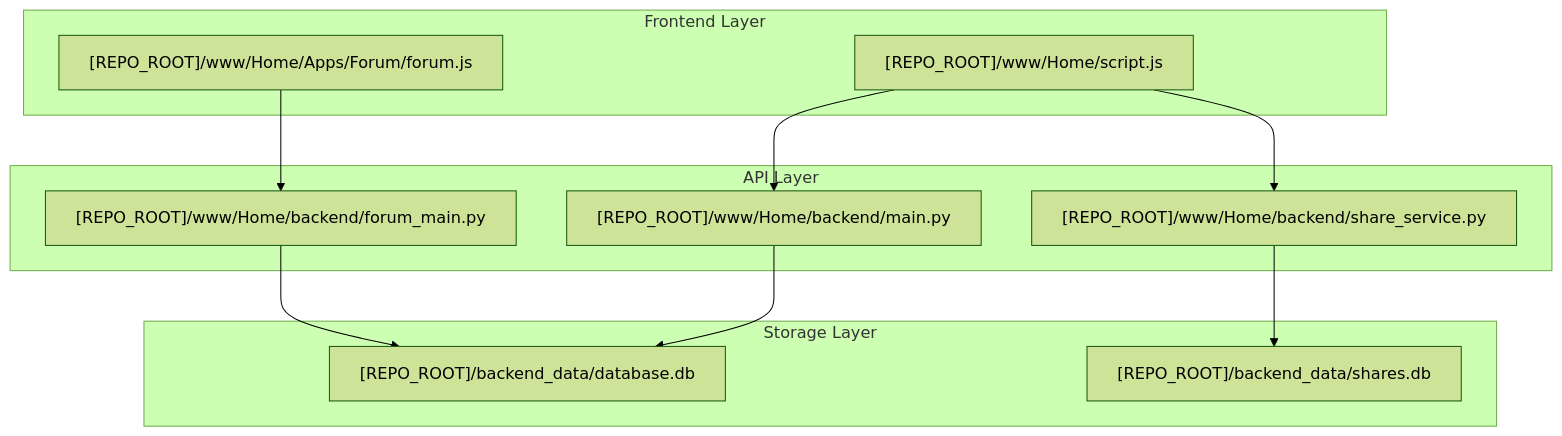
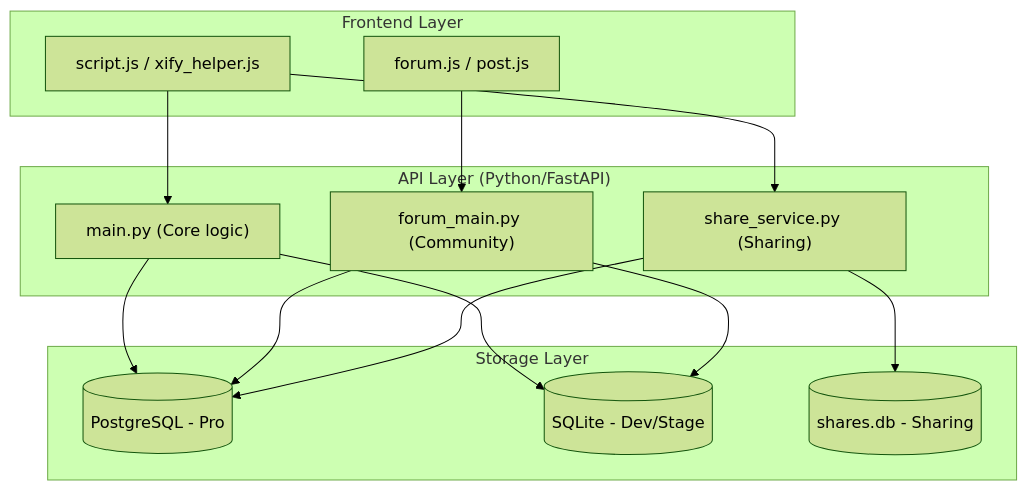
Before and after one commit to dhisomu/second-brain: the diagram in xify.in/docs/api_table_mapping.md, drawn with Mermaid (forest theme). The commit also changed other lines of this file and 6 other files, not shown here.

````diff
--- a/xify.in/docs/api_table_mapping.md
+++ b/xify.in/docs/api_table_mapping.md
@@ -180,26 +70,30 @@
 ```mermaid
 graph TD
     subgraph "Frontend Layer"
-        UI_PROD["[REPO_ROOT]/www/Home/script.js"]
-        UI_FORUM["[REPO_ROOT]/www/Home/Apps/Forum/forum.js"]
+        UI_PROD["script.js / xify_helper.js"]
+        UI_FORUM["forum.js / post.js"]
     end
 
-    subgraph "API Layer"
-        MA["[REPO_ROOT]/www/Home/backend/main.py"]
-        FO["[REPO_ROOT]/www/Home/backend/forum_main.py"]
-        SH["[REPO_ROOT]/www/Home/backend/share_service.py"]
+    subgraph "API Layer (Python/FastAPI)"
+        MA["main.py (Core logic)"]
+        FO["forum_main.py (Community)"]
+        SH["share_service.py (Sharing)"]
     end
 
     subgraph "Storage Layer"
-        D1["[REPO_ROOT]/backend_data/database.db"]
-        D3["[REPO_ROOT]/backend_data/shares.db"]
+        PG[(PostgreSQL - Pro)]
+        SL[(SQLite - Dev/Stage)]
+        SS[(shares.db - Sharing)]
     end
 
     UI_PROD --> MA
     UI_FORUM --> FO
     UI_PROD --> SH
 
-    MA --> D1
-    FO --> D1
-    SH --> D3
+    MA --> PG
+    MA --> SL
+    FO --> PG
+    FO --> SL
+    SH --> SS
+    SH --> PG
 ```
````
